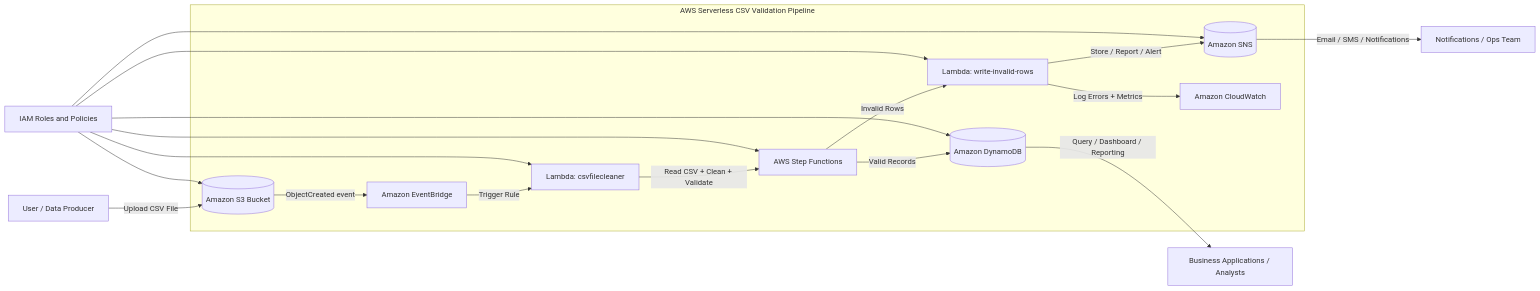
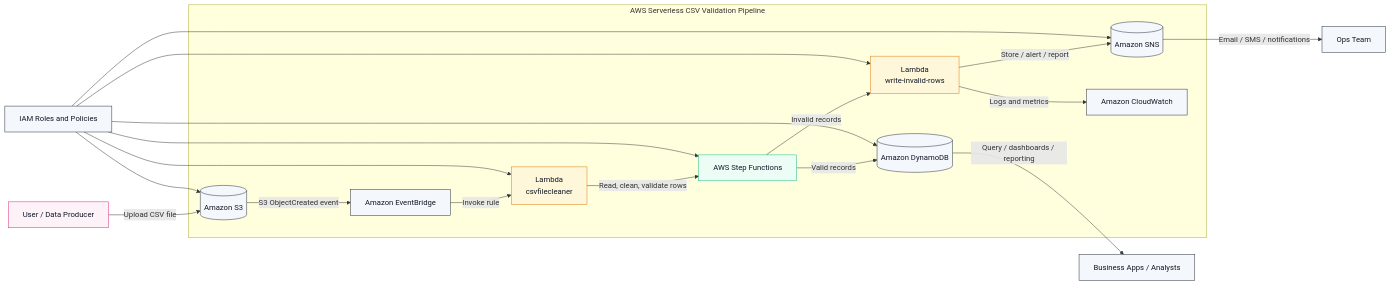
One commit to Donaldnaz/aws-serverless-csv-validation-pipeline changed the diagram in architecture/architecture.md. Above: the diagram before and after it, drawn with Mermaid. The commit also changed other lines of this file, not shown here.

Commit message:
Improve AWS architecture diagram styling and export guidance

````diff
--- a/architecture/architecture.md
+++ b/architecture/architecture.md
@@ -5,36 +5,44 @@
 ```mermaid
 flowchart LR
-    U[User / Data Producer] -->|Upload CSV File| S3[(Amazon S3 Bucket)]
+    U[User / Data Producer] -->|Upload CSV file| S3[(Amazon S3)]
+    S3 -->|S3 ObjectCreated event| EB[Amazon EventBridge]
+    EB -->|Invoke rule| L1[Lambda<br/>csvfilecleaner]
+    L1 -->|Read, clean, validate rows| SF[AWS Step Functions]
 
-    S3 -->|ObjectCreated event| EB[Amazon EventBridge]
-    EB -->|Trigger Rule| L1[Lambda: csvfilecleaner]
+    SF -->|Valid records| DDB[(Amazon DynamoDB)]
+    SF -->|Invalid records| L2[Lambda<br/>write-invalid-rows]
 
-    L1 -->|Read CSV + Clean + Validate| SF[AWS Step Functions]
+    L2 -->|Store / alert / report| SNS[(Amazon SNS)]
+    L2 -->|Logs and metrics| CW[Amazon CloudWatch]
 
-    SF -->|Valid Records| DDB[(Amazon DynamoDB)]
-    SF -->|Invalid Rows| L2[Lambda: write-invalid-rows]
+    DDB -->|Query / dashboards / reporting| APP[Business Apps / Analysts]
+    SNS -->|Email / SMS / notifications| NOTIF[Ops Team]
 
-    L2 -->|Store / Report / Alert| SNS[(Amazon SNS)]
-    L2 -->|Log Errors + Metrics| CW[Amazon CloudWatch]
-
-    DDB -->|Query / Dashboard / Reporting| APP[Business Applications / Analysts]
-    SNS -->|Email / SMS / Notifications| NOTIF[Notifications / Ops Team]
-
-    IAM[IAM Roles and Policies] --> L1
+    IAM[IAM Roles and Policies] --> S3
+    IAM --> L1
     IAM --> L2
     IAM --> SF
-    IAM --> S3
     IAM --> DDB
     IAM --> SNS
 
-    subgraph "AWS Serverless CSV Validation Pipeline"
+    classDef aws fill:#f4f7fb,stroke:#1f2937,stroke-width:1px,color:#111827;
+    classDef lambda fill:#fff7da,stroke:#d97706,stroke-width:1px,color:#111827;
+    classDef data fill:#ecfdf5,stroke:#10b981,stroke-width:1px,color:#111827;
+    classDef notify fill:#fdf2f8,stroke:#db2777,stroke-width:1px,color:#111827;
+
+    class S3,EB,DDB,SNS,CW,APP,NOTIF,IAM aws;
+    class L1,L2 lambda;
+    class SF data;
+    class U notify;
+
+    subgraph AWS["AWS Serverless CSV Validation Pipeline"]
         S3
         EB
         L1
         SF
         L2
         DDB
         SNS
         CW
     end
 ```
````
